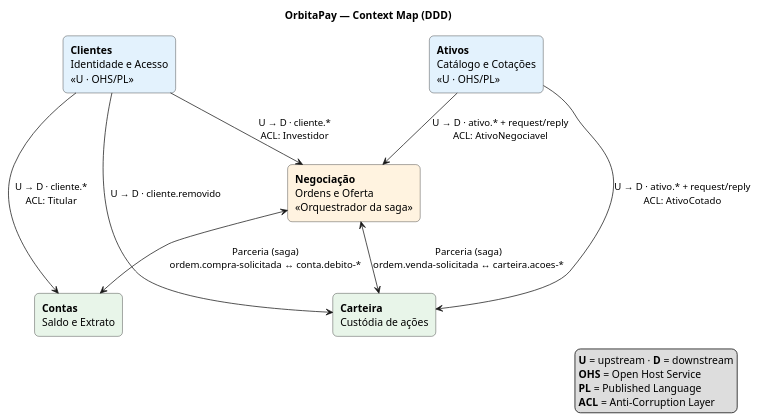
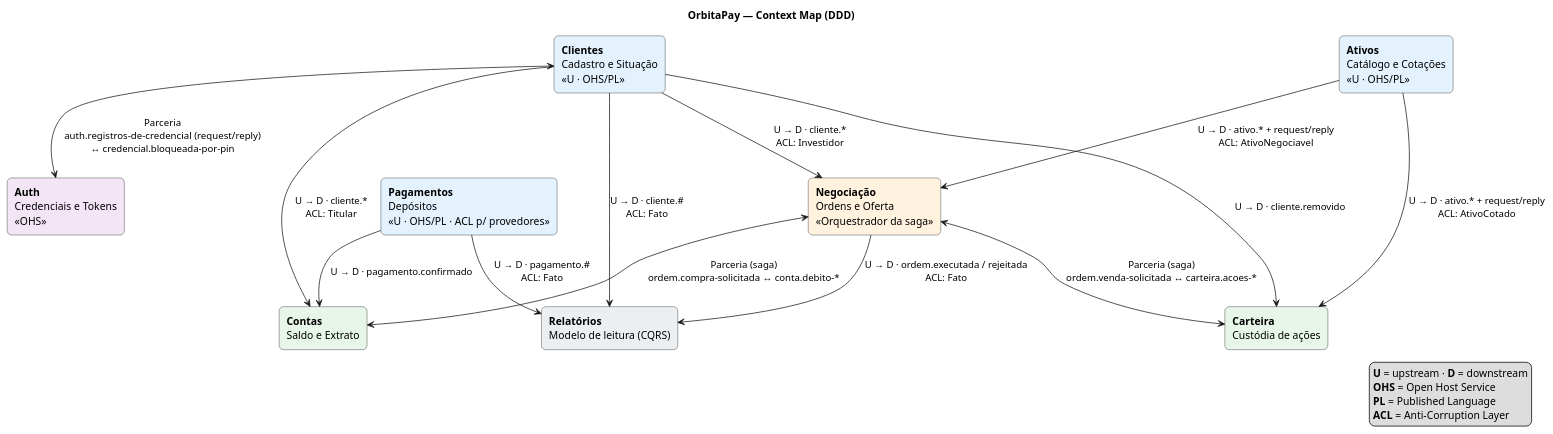
The diagram in docs/plantuml/02-context-map.puml (Endrigogustavo/OrbitaPay), drawn with PlantUML before and after one commit. The commit also changed 757 other files, not shown here.

```diff
--- a/docs/plantuml/02-context-map.puml
+++ b/docs/plantuml/02-context-map.puml
@@ -1,32 +1,42 @@
 @startuml 02-context-map
 title OrbitaPay — Context Map (DDD)
 
 skinparam shadowing false
 skinparam defaultFontName "Segoe UI"
 skinparam rectangle {
   RoundCorner 12
 }
 
-rectangle "**Clientes**\nIdentidade e Acesso\n<<U · OHS/PL>>" as CLI #E3F2FD
+rectangle "**Auth**\nCredenciais e Tokens\n<<OHS>>" as AUT #F3E5F5
+rectangle "**Clientes**\nCadastro e Situação\n<<U · OHS/PL>>" as CLI #E3F2FD
 rectangle "**Ativos**\nCatálogo e Cotações\n<<U · OHS/PL>>" as ATV #E3F2FD
 rectangle "**Negociação**\nOrdens e Oferta\n<<Orquestrador da saga>>" as NEG #FFF3E0
 rectangle "**Contas**\nSaldo e Extrato" as CON #E8F5E9
 rectangle "**Carteira**\nCustódia de ações" as CAR #E8F5E9
+rectangle "**Pagamentos**\nDepósitos\n<<U · OHS/PL · ACL p/ provedores>>" as PAG #E3F2FD
+rectangle "**Relatórios**\nModelo de leitura (CQRS)" as REL #ECEFF1
+
+CLI <--> AUT : Parceria\nauth.registros-de-credencial (request/reply)\n↔ credencial.bloqueada-por-pin
 
 CLI --> CON : U → D · cliente.*\nACL: Titular
 CLI --> NEG : U → D · cliente.*\nACL: Investidor
 CLI --> CAR : U → D · cliente.removido
+CLI --> REL : U → D · cliente.#\nACL: Fato
 
 ATV --> NEG : U → D · ativo.* + request/reply\nACL: AtivoNegociavel
 ATV --> CAR : U → D · ativo.* + request/reply\nACL: AtivoCotado
 
 NEG <--> CON : Parceria (saga)\nordem.compra-solicitada ↔ conta.debito-*
 NEG <--> CAR : Parceria (saga)\nordem.venda-solicitada ↔ carteira.acoes-*
+NEG --> REL : U → D · ordem.executada / rejeitada\nACL: Fato
+
+PAG --> CON : U → D · pagamento.confirmado
+PAG --> REL : U → D · pagamento.#\nACL: Fato
 
 legend right
   **U** = upstream · **D** = downstream
   **OHS** = Open Host Service
   **PL** = Published Language
   **ACL** = Anti-Corruption Layer
 endlegend
 @enduml
```
